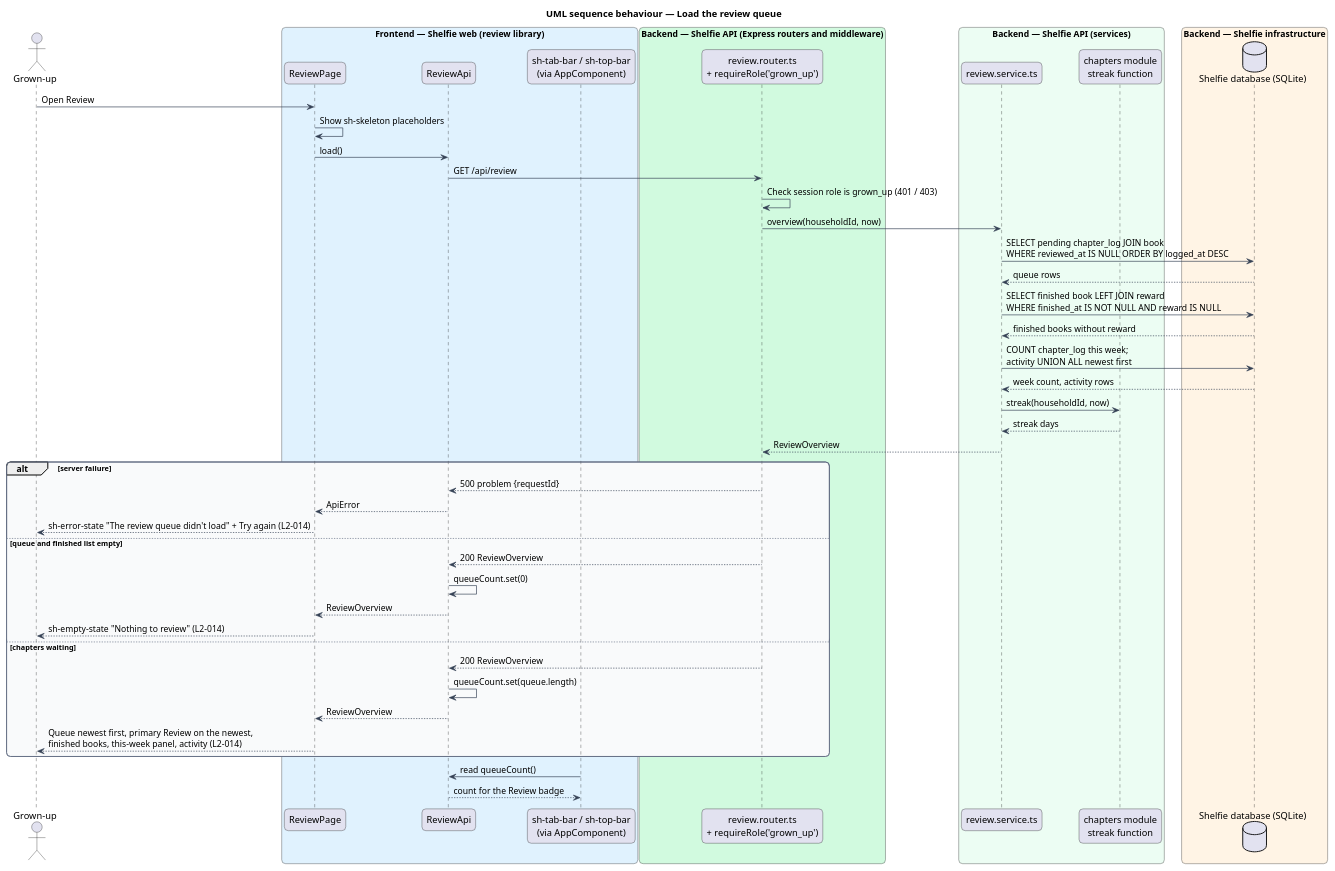
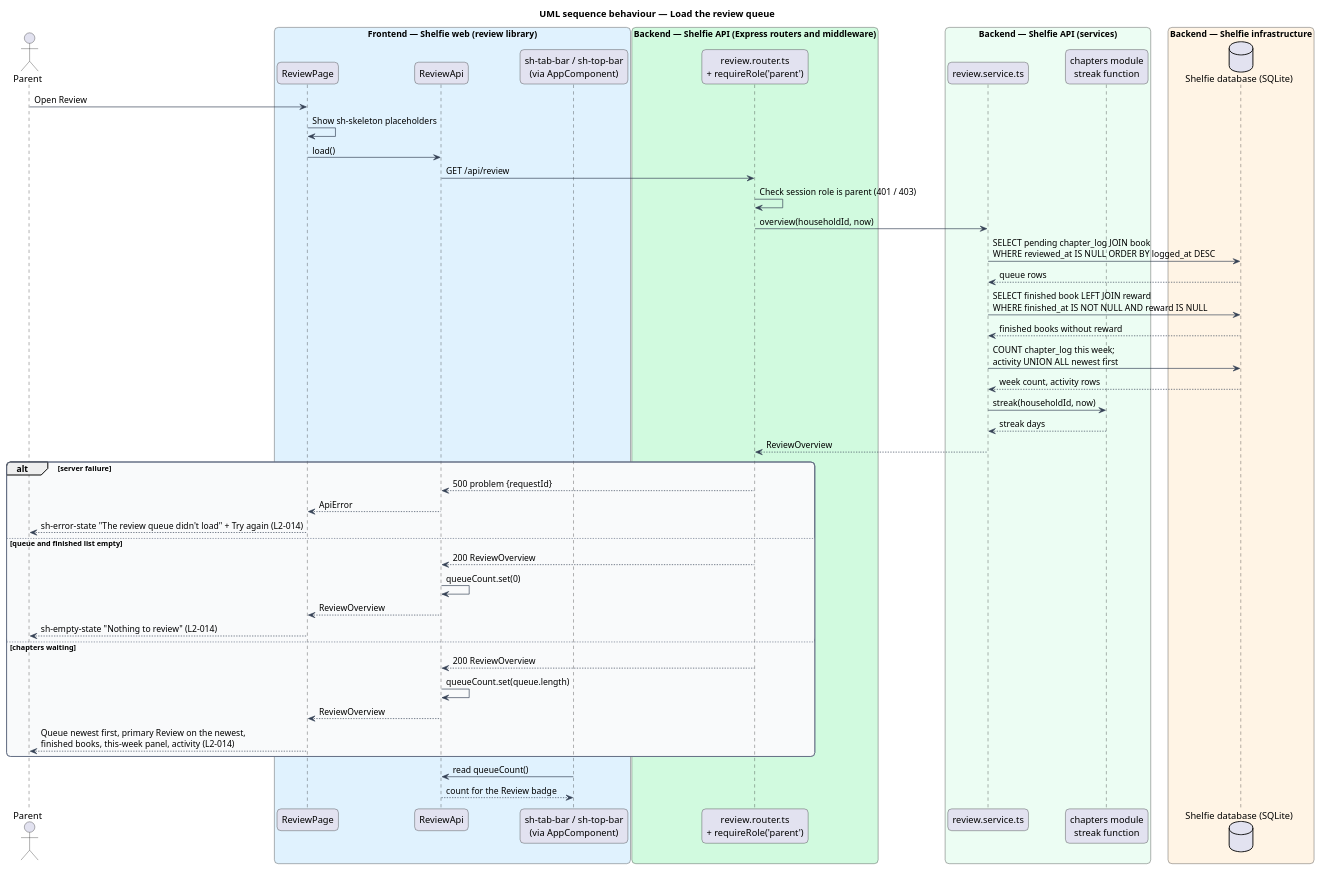
One commit to QuinntyneBrown/shelfie changed the diagram in docs/detailed-designs/review/review-queue/diagrams/sequence-load-review-queue.puml. Above: the diagram before and after it, drawn with PlantUML. The commit also changed 313 other files, not shown here.

```diff
--- a/docs/detailed-designs/review/review-queue/diagrams/sequence-load-review-queue.puml
+++ b/docs/detailed-designs/review/review-queue/diagrams/sequence-load-review-queue.puml
@@ -1,66 +1,66 @@
 @startuml
 title UML sequence behaviour — Load the review queue
 skinparam backgroundColor #FFFFFF
 skinparam shadowing false
 skinparam roundcorner 12
 skinparam defaultFontName Arial
 skinparam ArrowColor #344054
 skinparam rectangle {
   BorderColor #344054
   FontColor #101828
 }
 skinparam package {
   BorderColor #667085
   FontColor #101828
   BackgroundColor #F9FAFB
 }
-actor "Grown-up" as grownUp
+actor "Parent" as grownUp
 box "Frontend — Shelfie web (review library)" #E0F2FE
   participant "ReviewPage" as page
   participant "ReviewApi" as client
   participant "sh-tab-bar / sh-top-bar\n(via AppComponent)" as bars
 end box
 box "Backend — Shelfie API (Express routers and middleware)" #D1FADF
-  participant "review.router.ts\n+ requireRole('grown_up')" as router
+  participant "review.router.ts\n+ requireRole('parent')" as router
 end box
 box "Backend — Shelfie API (services)" #ECFDF3
   participant "review.service.ts" as service
   participant "chapters module\nstreak function" as streak
 end box
 box "Backend — Shelfie infrastructure" #FFF4E5
   database "Shelfie database (SQLite)" as db
 end box
 
 grownUp -> page : Open Review
 page -> page : Show sh-skeleton placeholders
 page -> client : load()
 client -> router : GET /api/review
-router -> router : Check session role is grown_up (401 / 403)
+router -> router : Check session role is parent (401 / 403)
 router -> service : overview(householdId, now)
 service -> db : SELECT pending chapter_log JOIN book\nWHERE reviewed_at IS NULL ORDER BY logged_at DESC
 db --> service : queue rows
 service -> db : SELECT finished book LEFT JOIN reward\nWHERE finished_at IS NOT NULL AND reward IS NULL
 db --> service : finished books without reward
 service -> db : COUNT chapter_log this week;\nactivity UNION ALL newest first
 db --> service : week count, activity rows
 service -> streak : streak(householdId, now)
 streak --> service : streak days
 service --> router : ReviewOverview
 alt server failure
   router --> client : 500 problem {requestId}
   client --> page : ApiError
   page --> grownUp : sh-error-state "The review queue didn't load" + Try again (L2-014)
 else queue and finished list empty
   router --> client : 200 ReviewOverview
   client -> client : queueCount.set(0)
   client --> page : ReviewOverview
   page --> grownUp : sh-empty-state "Nothing to review" (L2-014)
 else chapters waiting
   router --> client : 200 ReviewOverview
   client -> client : queueCount.set(queue.length)
   client --> page : ReviewOverview
   page --> grownUp : Queue newest first, primary Review on the newest,\nfinished books, this-week panel, activity (L2-014)
 end
 bars -> client : read queueCount()
 client --> bars : count for the Review badge
 @enduml
```
